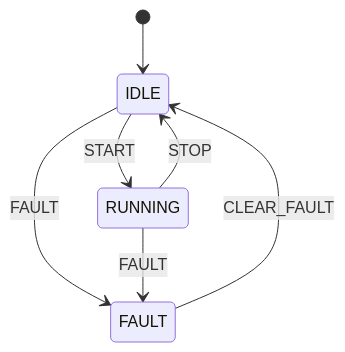
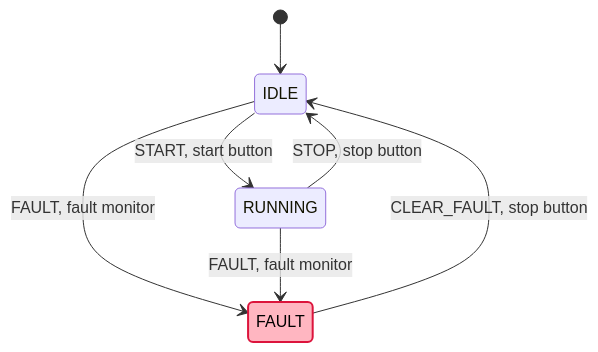
The second of 2 diagrams in docs/architecture/05_runtime.md (wienans/example-repo), drawn with Mermaid before and after one commit. The commit also changed other lines of this file and 6 other files, not shown here.

Commit message:
docs(architecture): redraw diagrams to the merged Mermaid conventions

````diff
--- a/docs/architecture/05_runtime.md
+++ b/docs/architecture/05_runtime.md
@@ -42,9 +63,15 @@
 ```mermaid
 stateDiagram-v2
+  accTitle: Motor state machine
+  accDescr: The motor starts in IDLE. START from the start button moves IDLE to RUNNING. STOP from the stop button moves RUNNING to IDLE. A FAULT event from the fault monitor moves IDLE or RUNNING to FAULT. CLEAR_FAULT from the stop button moves FAULT back to IDLE.
+  classDef fault fill:#FFB6C1,stroke:#DC143C,stroke-width:2px,color:black
+
   [*] --> IDLE
-  IDLE --> RUNNING: START
-  RUNNING --> IDLE: STOP
-  IDLE --> FAULT: FAULT
-  RUNNING --> FAULT: FAULT
-  FAULT --> IDLE: CLEAR_FAULT
+  IDLE --> RUNNING: START, start button
+  RUNNING --> IDLE: STOP, stop button
+  IDLE --> FAULT: FAULT, fault monitor
+  RUNNING --> FAULT: FAULT, fault monitor
+  FAULT --> IDLE: CLEAR_FAULT, stop button
+
+  class FAULT fault
 ```
````
